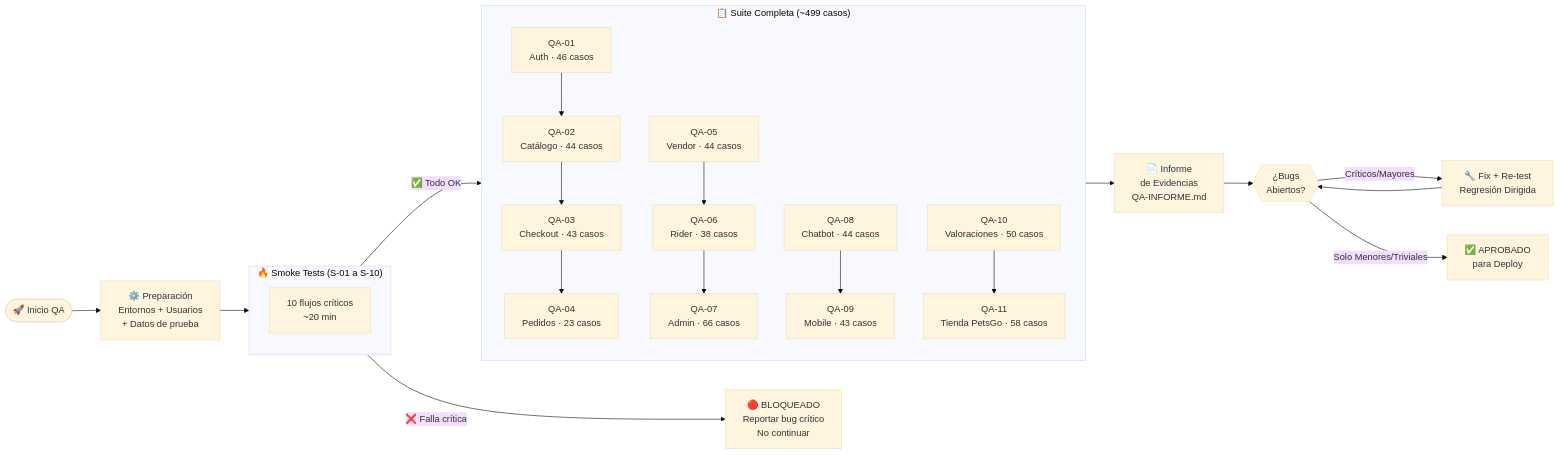
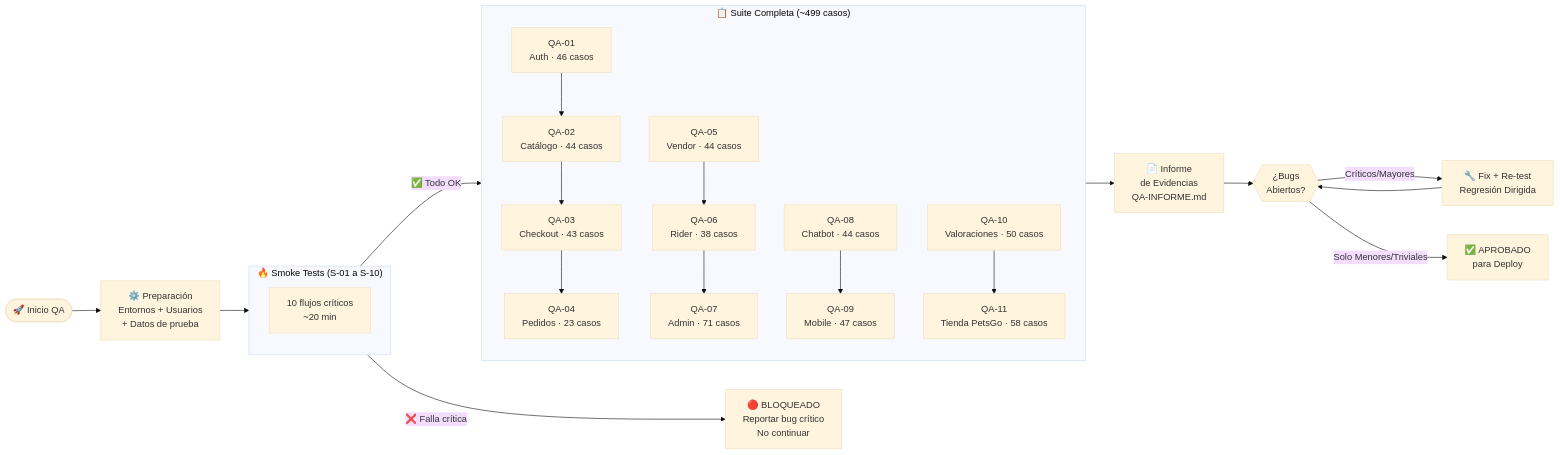
One commit to luismiguel1993/petsgo changed the second of 4 diagrams in Docs/QA/QA-00-Indice-Entornos.md. Above: the diagram before and after it, drawn with Mermaid (base theme). The commit also changed other lines of this file and 45 other files, not shown here.

````diff
--- a/Docs/QA/QA-00-Indice-Entornos.md
+++ b/Docs/QA/QA-00-Indice-Entornos.md
@@ -70,37 +70,37 @@
 ```mermaid
 flowchart LR
     START(["🚀 Inicio QA"]) --> PREP["⚙️ Preparación\nEntornos + Usuarios\n+ Datos de prueba"]
     PREP --> SMOKE
 
     subgraph SMOKE["🔥 Smoke Tests (S-01 a S-10)"]
         ST["10 flujos críticos\n~20 min"]
     end
 
     SMOKE -->|"❌ Falla crítica"| BLOCKER["🔴 BLOQUEADO\nReportar bug crítico\nNo continuar"]
     SMOKE -->|"✅ Todo OK"| SUITE
 
     subgraph SUITE["📋 Suite Completa (~499 casos)"]
         direction TB
         Q01["QA-01\nAuth · 46 casos"]
         Q02["QA-02\nCatálogo · 44 casos"]
         Q03["QA-03\nCheckout · 43 casos"]
         Q04["QA-04\nPedidos · 23 casos"]
         Q05["QA-05\nVendor · 44 casos"]
         Q06["QA-06\nRider · 38 casos"]
-        Q07["QA-07\nAdmin · 66 casos"]
+        Q07["QA-07\nAdmin · 71 casos"]
         Q08["QA-08\nChatbot · 44 casos"]
-        Q09["QA-09\nMobile · 43 casos"]
+        Q09["QA-09\nMobile · 47 casos"]
         Q10["QA-10\nValoraciones · 50 casos"]
         Q11["QA-11\nTienda PetsGo · 58 casos"]
         Q01 --> Q02 --> Q03 --> Q04
         Q05 --> Q06 --> Q07
         Q08 --> Q09
         Q10 --> Q11
     end
 
     SUITE --> REPORT["📄 Informe\nde Evidencias\nQA-INFORME.md"]
     REPORT --> DECISION{{"¿Bugs\nAbiertos?"}}
     DECISION -->|"Críticos/Mayores"| FIX["🔧 Fix + Re-test\nRegresión Dirigida"]
     DECISION -->|"Solo Menores/Triviales"| DEPLOY["✅ APROBADO\npara Deploy"]
     FIX --> DECISION
 ```
````
